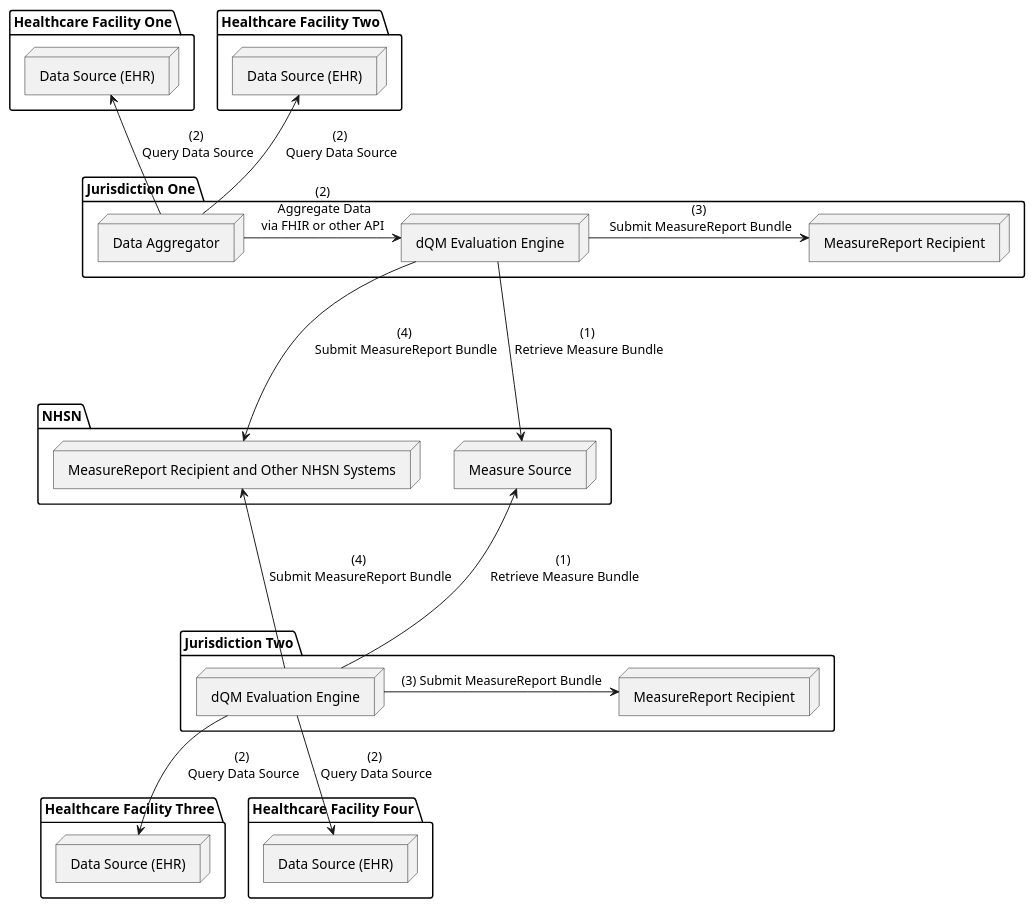
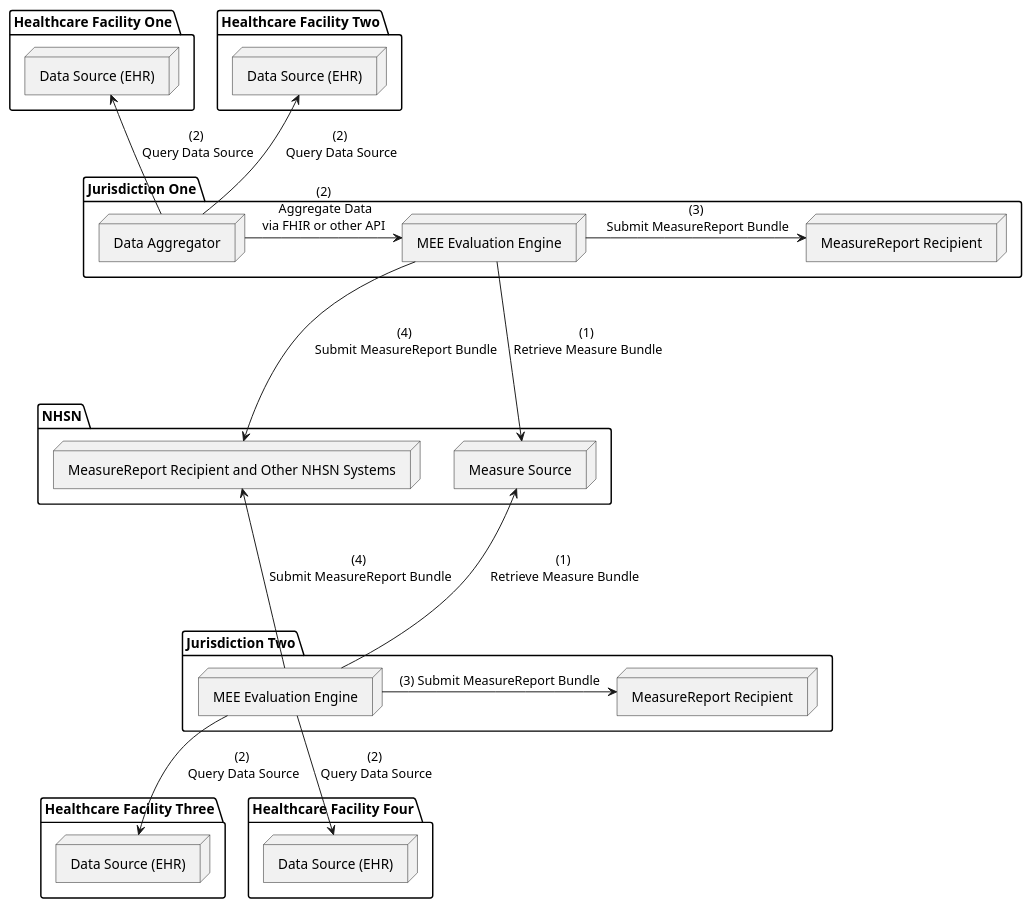
One commit to HL7/us-safr changed the diagram in input/images-source/usfr-2.plantuml. Above: the diagram before and after it, drawn with PlantUML. The commit also changed 2 other files, not shown here.

Commit message:
Applied changes under FHIR-50477

```diff
--- a/input/images-source/usfr-2.plantuml
+++ b/input/images-source/usfr-2.plantuml
@@ -1,52 +1,52 @@
 @startuml
 
 
 
 package "Healthcare Facility One" {
     node "Data Source (EHR)" as EHR1
 }
 
 package "Healthcare Facility Two" {
     node "Data Source (EHR)" as EHR2
 }
 
 package "Healthcare Facility Three" {
     node "Data Source (EHR)" as EHR3
 }
 
 package "Healthcare Facility Four" {
     node "Data Source (EHR)" as EHR4
 }
 
 package "Jurisdiction One" {
-    node "dQM Evaluation Engine" as dQM1
+    node "MEE Evaluation Engine" as MEE1
     node "MeasureReport Recipient" as Recipient1
     node "Data Aggregator" as DA1
 }
 
 package "Jurisdiction Two" {
-    node "dQM Evaluation Engine" as dQM2
+    node "MEE Evaluation Engine" as MEE2
     node "MeasureReport Recipient" as Recipient2
 }
 
 package "NHSN" {
     node "MeasureReport Recipient and Other NHSN Systems" as Recipient
     node "Measure Source" as MS
 }
 
 EHR1 <-- DA1 : (2)\n Query Data Source
 EHR2 <-- DA1 : (2)\n Query Data Source
-DA1 -right-> dQM1 : (2)\n Aggregate Data\nvia FHIR or other API
-dQM1 -down-> MS : (1)\n Retrieve Measure Bundle
-dQM1 -right-> Recipient1 : (3)\n Submit MeasureReport Bundle
+DA1 -right-> MEE1 : (2)\n Aggregate Data\nvia FHIR or other API
+MEE1 -down-> MS : (1)\n Retrieve Measure Bundle
+MEE1 -right-> Recipient1 : (3)\n Submit MeasureReport Bundle
 
-EHR3 <-up- dQM2 : (2)\n Query Data Source
-EHR4 <-up- dQM2 : (2)\n Query Data Source
-dQM2 -up-> MS : (1)\n Retrieve Measure Bundle
-dQM2 -right-> Recipient2 : (3) Submit MeasureReport Bundle
+EHR3 <-up- MEE2 : (2)\n Query Data Source
+EHR4 <-up- MEE2 : (2)\n Query Data Source
+MEE2 -up-> MS : (1)\n Retrieve Measure Bundle
+MEE2 -right-> Recipient2 : (3) Submit MeasureReport Bundle
 
 
-dQM1 -down--> Recipient : (4)\n Submit MeasureReport Bundle
-dQM2 -up--> Recipient : (4)\n Submit MeasureReport Bundle
+MEE1 -down--> Recipient : (4)\n Submit MeasureReport Bundle
+MEE2 -up--> Recipient : (4)\n Submit MeasureReport Bundle
 
 @enduml
```
